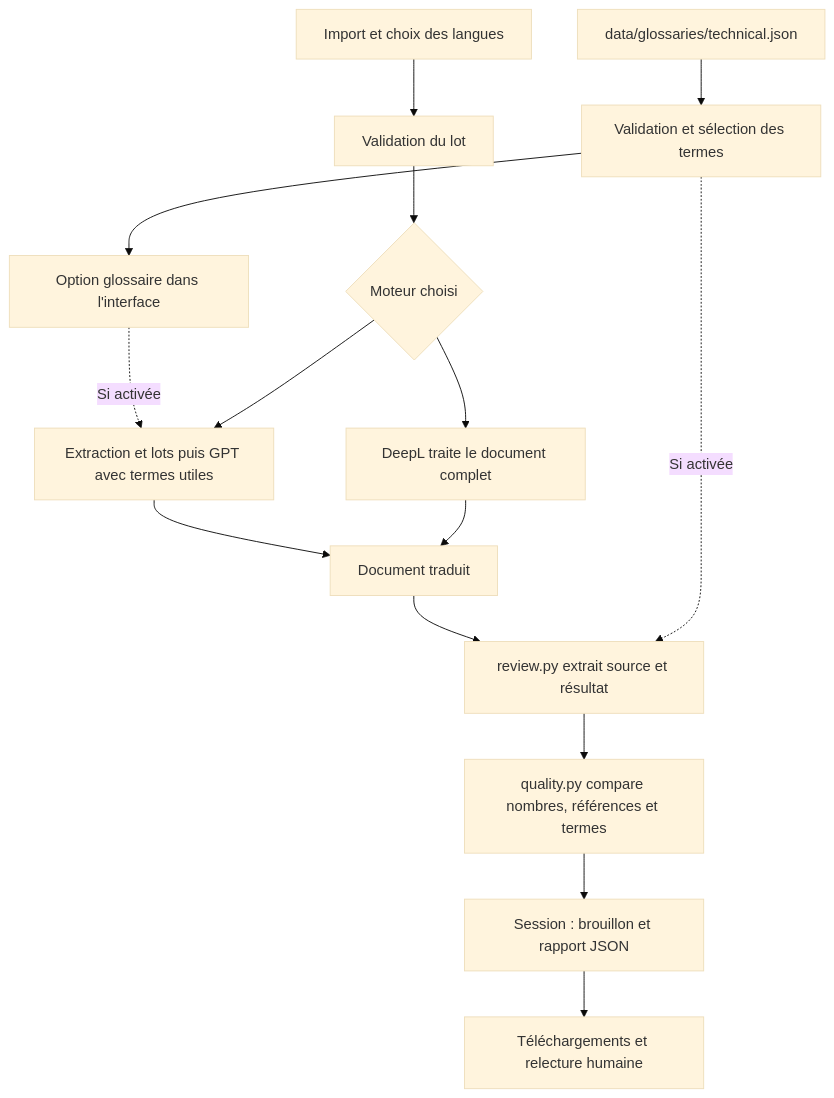
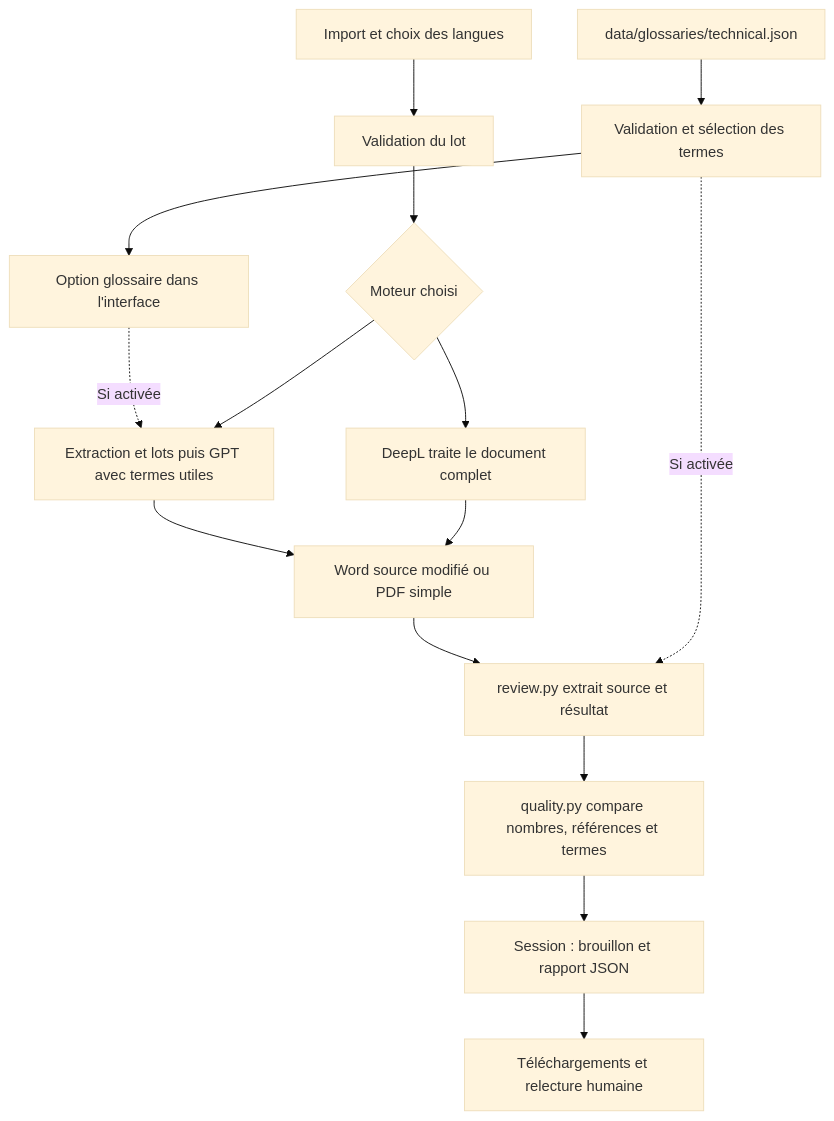
The diagram in docs/architecture.md (mila1515/plateforme-traduction), drawn with Mermaid (base theme) before and after one commit. The commit also changed other lines of this file and 10 other files, not shown here.

Commit message:
Conserve la structure Word et les tableaux lors de la traduction GPT

````diff
--- a/docs/architecture.md
+++ b/docs/architecture.md
@@ -42,17 +43,17 @@
 ```mermaid
 flowchart TD
     U[Import et choix des langues] --> V[Validation du lot]
     G[data/glossaries/technical.json] --> L[Validation et sélection des termes]
     L --> O[Option glossaire dans l'interface]
     V --> P{Moteur choisi}
     O -. Si activée .-> GPT
     P --> GPT[Extraction et lots puis GPT avec termes utiles]
     P --> D[DeepL traite le document complet]
-    GPT --> F[Document traduit]
+    GPT --> F[Word source modifié ou PDF simple]
     D --> F
     F --> R[review.py extrait source et résultat]
     L -. Si activée .-> R
     R --> Q[quality.py compare nombres, références et termes]
     Q --> S[Session : brouillon et rapport JSON]
     S --> T[Téléchargements et relecture humaine]
 ```
````
